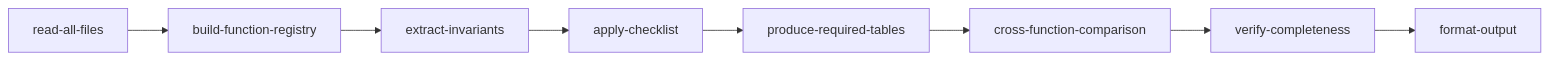
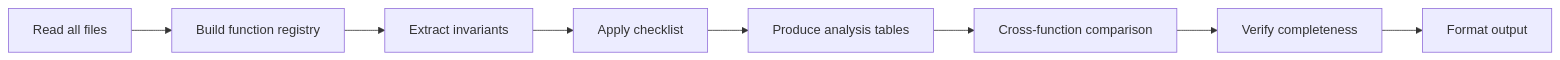
One commit to m2ux/workflow-server changed the third of 6 diagrams in substrate-node-security-audit/README.md. Above: the diagram before and after it, drawn with Mermaid. The commit also changed other lines of this file, not shown here.

````diff
--- a/substrate-node-security-audit/README.md
+++ b/substrate-node-security-audit/README.md
@@ -151,10 +146,10 @@
 ```mermaid
 graph LR
-    CR1[read-all-files] --> CR2[build-function-registry]
-    CR2 --> CR3[extract-invariants]
-    CR3 --> CR4[apply-checklist]
-    CR4 --> CR5[produce-required-tables]
-    CR5 --> CR6[cross-function-comparison]
-    CR6 --> CR7[verify-completeness]
-    CR7 --> CR8[format-output]
+    CR1[Read all files] --> CR2[Build function registry]
+    CR2 --> CR3[Extract invariants]
+    CR3 --> CR4[Apply checklist]
+    CR4 --> CR5[Produce analysis tables]
+    CR5 --> CR6[Cross-function comparison]
+    CR6 --> CR7[Verify completeness]
+    CR7 --> CR8[Format output]
 ```
````
